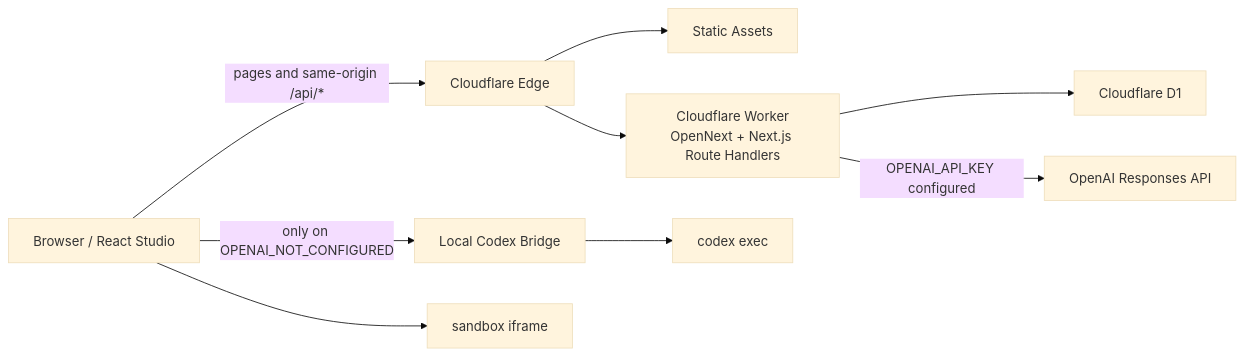
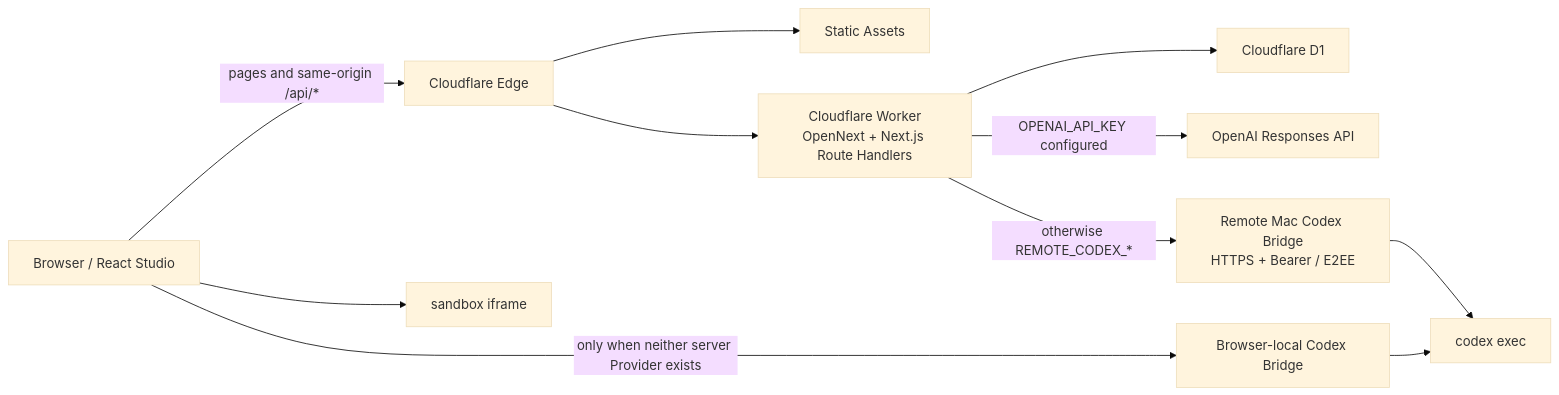
One commit to chanceflying/chance-atoms-demo changed the diagram in README.md. Above: the diagram before and after it, drawn with Mermaid (base theme). The commit also changed other lines of this file and 13 other files, not shown here.

Commit message:
Add encrypted remote Codex provider

```diff
--- a/README.md
+++ b/README.md
@@ -73,21 +74,24 @@
 ~~~mermaid
 flowchart LR
     B["Browser / React Studio"]
     E["Cloudflare Edge"]
     A["Static Assets"]
     W["Cloudflare Worker<br/>OpenNext + Next.js Route Handlers"]
     D["Cloudflare D1"]
     O["OpenAI Responses API"]
-    C["Local Codex Bridge"]
+    R["Remote Mac Codex Bridge<br/>HTTPS + Bearer / E2EE"]
+    L["Browser-local Codex Bridge"]
     X["codex exec"]
     I["sandbox iframe"]
 
     B -->|"pages and same-origin /api/*"| E
     E --> A
     E --> W
     W --> D
     W -->|"OPENAI_API_KEY configured"| O
-    B -->|"only on OPENAI_NOT_CONFIGURED"| C
-    C --> X
+    W -->|"otherwise REMOTE_CODEX_*"| R
+    B -->|"only when neither server Provider exists"| L
+    R --> X
+    L --> X
     B --> I
 ~~~
```
